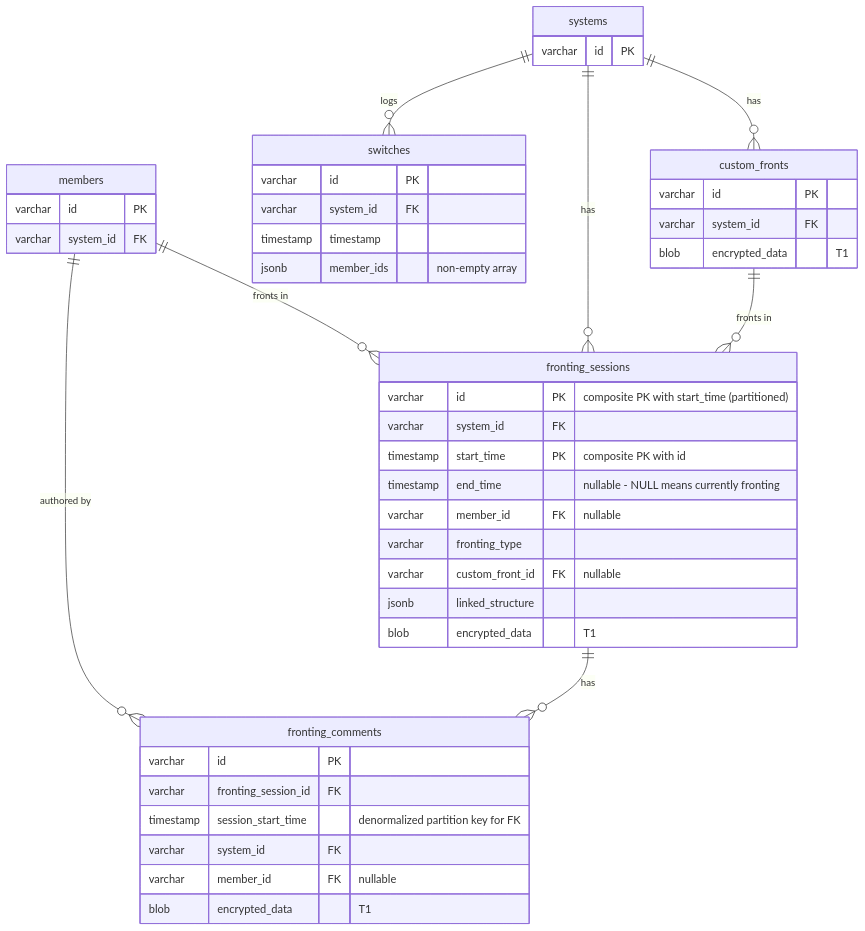
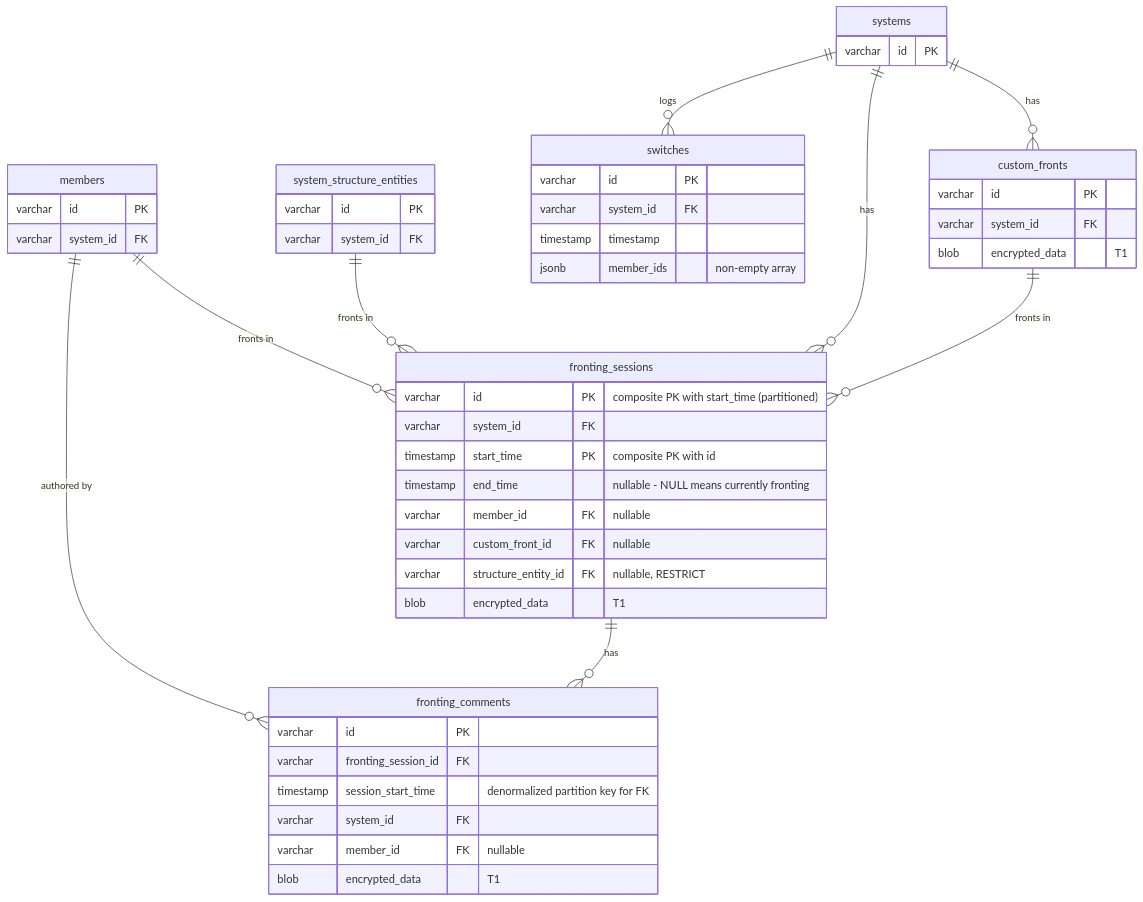
One commit to ThePrismSystem/pluralscape-mono changed the sixth of 21 diagrams in docs/database-schema.md. Above: the diagram before and after it, drawn with Mermaid. The commit also changed other lines of this file and 16 other files, not shown here.

First line of the commit message:
docs: update documentation for structure entity refactor (#239)

````diff
--- a/docs/database-schema.md
+++ b/docs/database-schema.md
@@ -403,53 +380,58 @@
 ```mermaid
 erDiagram
     systems {
         varchar id PK
     }
 
     members {
+        varchar id PK
+        varchar system_id FK
+    }
+
+    system_structure_entities {
         varchar id PK
         varchar system_id FK
     }
 
     custom_fronts {
         varchar id PK
         varchar system_id FK
         blob encrypted_data "T1"
     }
 
     fronting_sessions {
         varchar id PK "composite PK with start_time (partitioned)"
         varchar system_id FK
         timestamp start_time PK "composite PK with id"
         timestamp end_time "nullable - NULL means currently fronting"
         varchar member_id FK "nullable"
-        varchar fronting_type
         varchar custom_front_id FK "nullable"
-        jsonb linked_structure
+        varchar structure_entity_id FK "nullable, RESTRICT"
         blob encrypted_data "T1"
     }
 
     switches {
         varchar id PK
         varchar system_id FK
         timestamp timestamp
         jsonb member_ids "non-empty array"
     }
 
     fronting_comments {
         varchar id PK
         varchar fronting_session_id FK
         timestamp session_start_time "denormalized partition key for FK"
         varchar system_id FK
         varchar member_id FK "nullable"
         blob encrypted_data "T1"
     }
 
     systems ||--o{ custom_fronts : "has"
     systems ||--o{ fronting_sessions : "has"
     members ||--o{ fronting_sessions : "fronts in"
     custom_fronts ||--o{ fronting_sessions : "fronts in"
+    system_structure_entities ||--o{ fronting_sessions : "fronts in"
     systems ||--o{ switches : "logs"
     fronting_sessions ||--o{ fronting_comments : "has"
     members ||--o{ fronting_comments : "authored by"
 ```
````
